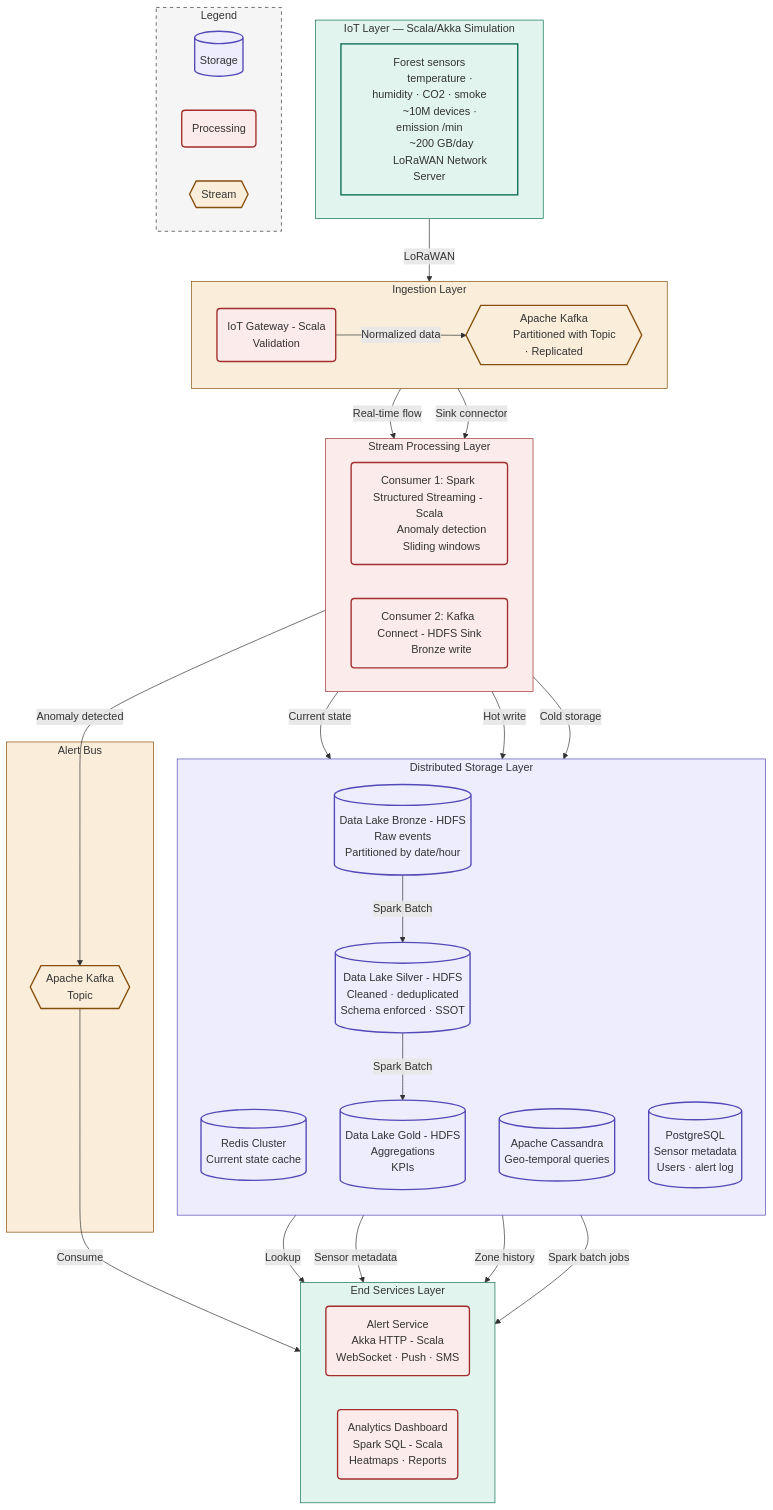
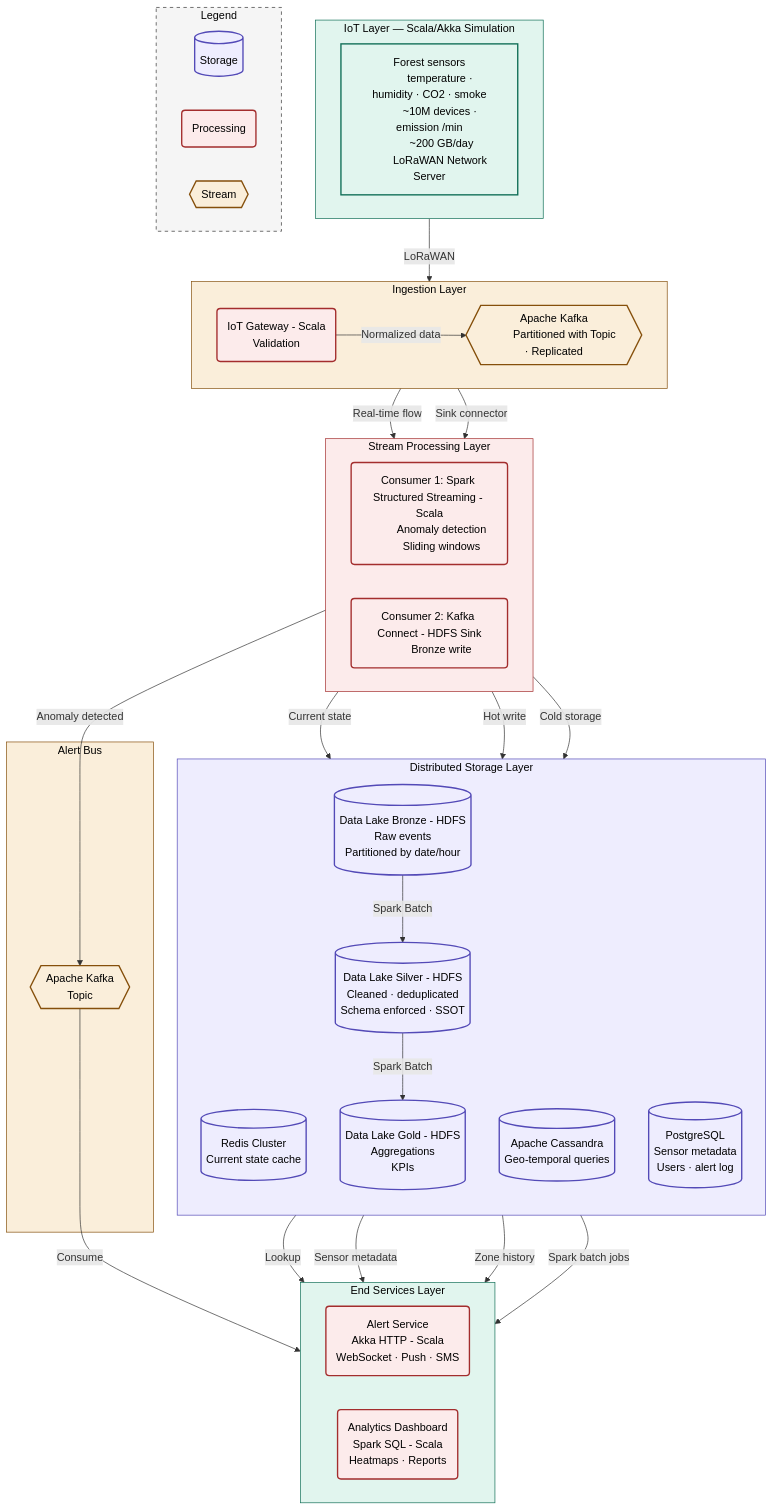
One commit to Pauwit/introduction-au-data-engineering changed the diagram in diagram.mermaid. Above: the diagram before and after it, drawn with Mermaid. The commit also changed 2 other files, not shown here.

Commit message:
fix(diagram): change texte color

```diff
--- a/diagram.mermaid
+++ b/diagram.mermaid
@@ -1,90 +1,90 @@
 flowchart TB
  subgraph IOT["IoT Layer — Scala/Akka Simulation"]
     direction LR
         GEN["Forest sensors
         temperature · humidity · CO2 · smoke
         ~10M devices · emission /min
         ~200 GB/day
         LoRaWAN Network Server"]:::source
  end
  subgraph INGESTION["Ingestion Layer"]
     direction LR
         GW("IoT Gateway - Scala
         Validation"):::process
         KAFKA{{"Apache Kafka
         Partitioned with Topic · Replicated"}}:::stream
   end
  subgraph PROCESSING["Stream Processing Layer"]
     direction LR
         C1K("Consumer 1: Spark Structured Streaming - Scala
         Anomaly detection
         Sliding windows"):::process
         C2K("Consumer 2: Kafka Connect - HDFS Sink
         Bronze write"):::process
   end
  subgraph ALERTBUS["Alert Bus"]
         KAFKA_ALERT{{"Apache Kafka
         Topic"}}:::stream
   end
  subgraph STORAGE["Distributed Storage Layer"]
     direction TB
         REDIS[("Redis Cluster
         Current state cache")]:::storage
         CASSANDRA[("Apache Cassandra
         Geo-temporal queries")]:::storage
         BRONZE[("Data Lake Bronze - HDFS
         Raw events
         Partitioned by date/hour")]:::storage
         SILVER[("Data Lake Silver - HDFS
         Cleaned · deduplicated
         Schema enforced · SSOT")]:::storage
         GOLD[("Data Lake Gold - HDFS
         Aggregations
         KPIs")]:::storage
         PG[("PostgreSQL
         Sensor metadata
         Users · alert log")]:::storage
         BRONZE -- Spark Batch --> SILVER
         SILVER -- Spark Batch --> GOLD
   end
  subgraph SERVICES["End Services Layer"]
     direction LR
         ALERT("Alert Service
         Akka HTTP - Scala
         WebSocket · Push · SMS"):::process
         ANALYTICS("Analytics Dashboard
         Spark SQL - Scala
         Heatmaps · Reports"):::process
   end
  subgraph LEGEND["Legend"]
     direction LR
         L_S[("Storage")]:::storage
         L_P("Processing"):::process
         L_ST{{"Stream"}}:::stream
   end
     GEN -- LoRaWAN --> GW
     GW -- Normalized data --> KAFKA
     KAFKA -- Real-time flow --> C1K
     KAFKA -- Sink connector --> C2K
     C1K -- Current state --> REDIS
     C1K -- Hot write --> CASSANDRA
     C1K -- Anomaly detected --> KAFKA_ALERT
     C2K -- Cold storage --> BRONZE
     KAFKA_ALERT -- Consume --> ALERT
     REDIS -- Lookup --> ALERT
     PG -- Sensor metadata --> ALERT
     CASSANDRA -- Zone history --> ANALYTICS
     GOLD -- Spark batch jobs --> ANALYTICS
 
-    classDef storage fill:#eeedfe,stroke:#534ab7,stroke-width:2px
-    classDef process fill:#fcebeb,stroke:#a32d2d,stroke-width:2px
-    classDef stream fill:#faeeda,stroke:#854f0b,stroke-width:2px
-    classDef source fill:#e1f5ee,stroke:#0f6e56,stroke-width:2px
+    classDef storage fill:#eeedfe,stroke:#534ab7,stroke-width:2px,color:#000
+    classDef process fill:#fcebeb,stroke:#a32d2d,stroke-width:2px,color:#000
+    classDef stream fill:#faeeda,stroke:#854f0b,stroke-width:2px,color:#000
+    classDef source fill:#e1f5ee,stroke:#0f6e56,stroke-width:2px,color:#000
 
-    style IOT fill:#e1f5ee,stroke:#0f6e56
-    style INGESTION fill:#faeeda,stroke:#854f0b
-    style PROCESSING fill:#fcebeb,stroke:#a32d2d
-    style ALERTBUS fill:#faeeda,stroke:#854f0b
-    style STORAGE fill:#eeedfe,stroke:#534ab7
-    style SERVICES fill:#e1f5ee,stroke:#0f6e56
-    style LEGEND fill:#f5f5f5,stroke:#333,stroke-dasharray: 5 5
+    style IOT fill:#e1f5ee,stroke:#0f6e56,color:#000
+    style INGESTION fill:#faeeda,stroke:#854f0b,color:#000
+    style PROCESSING fill:#fcebeb,stroke:#a32d2d,color:#000
+    style ALERTBUS fill:#faeeda,stroke:#854f0b,color:#000
+    style STORAGE fill:#eeedfe,stroke:#534ab7,color:#000
+    style SERVICES fill:#e1f5ee,stroke:#0f6e56,color:#000
+    style LEGEND fill:#f5f5f5,stroke:#333,stroke-dasharray: 5 5,color:#000
```
